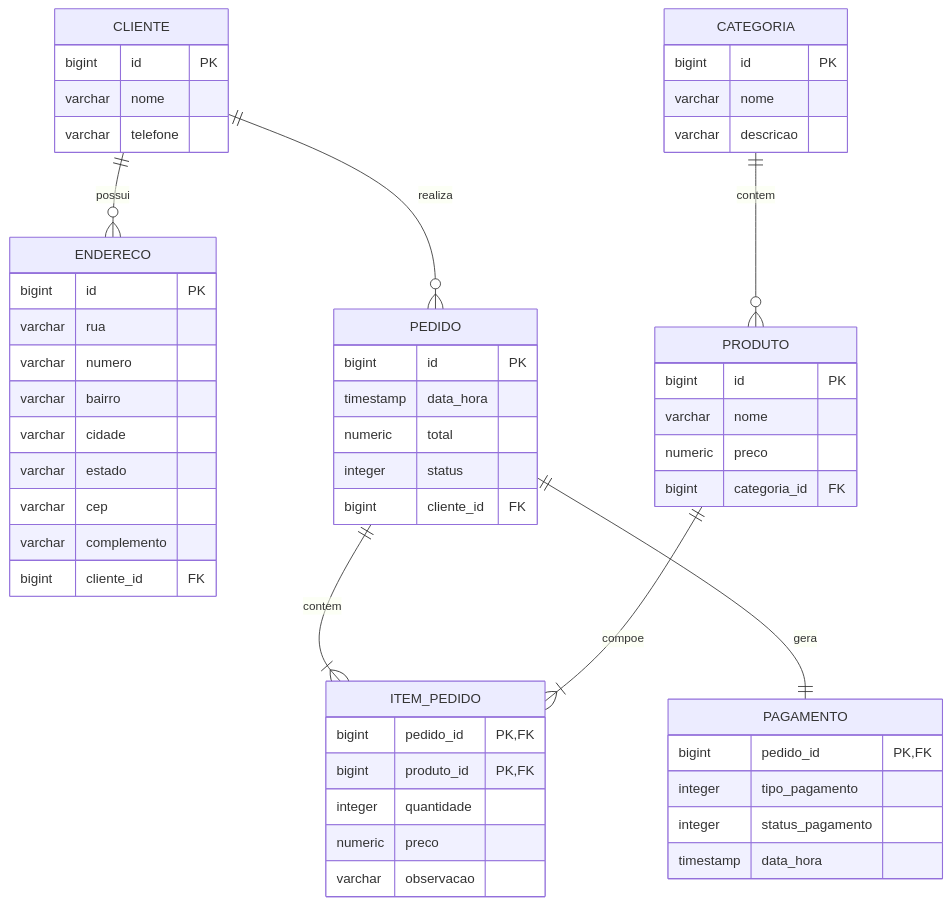
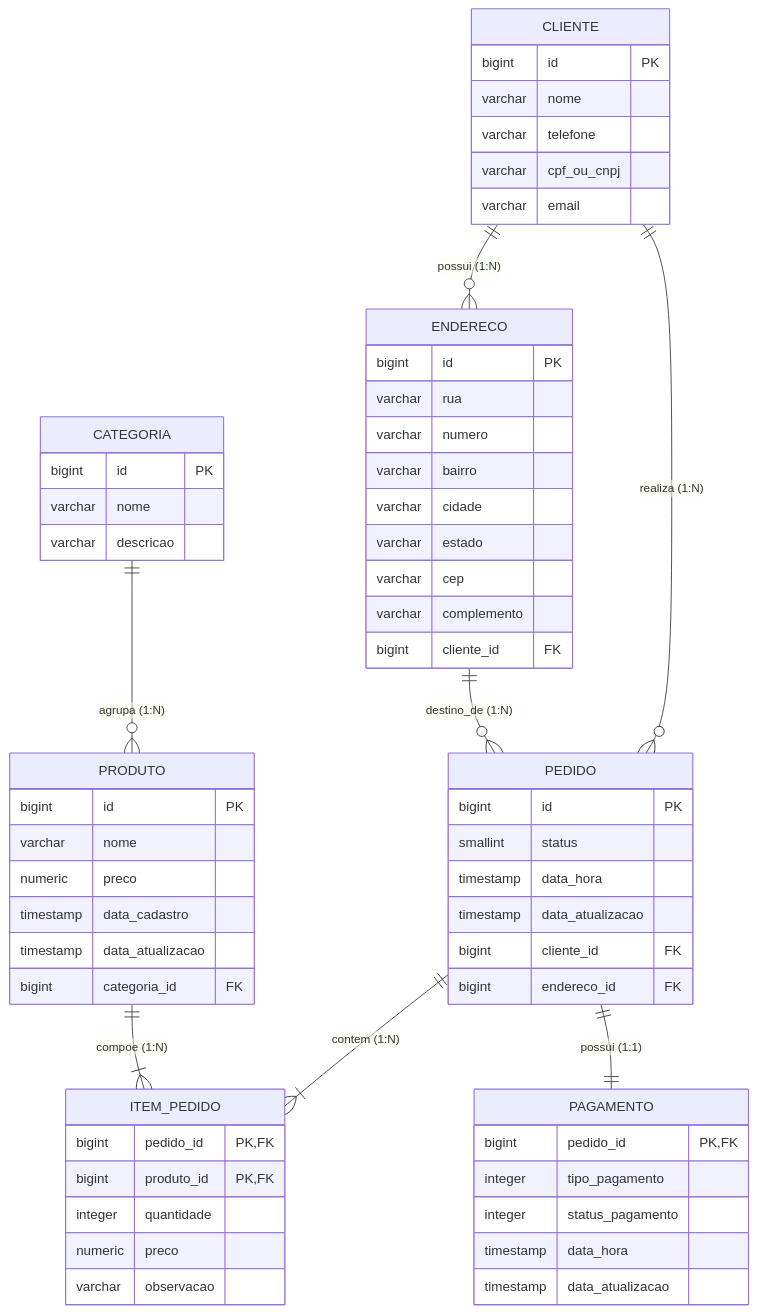
One commit to jailsonribeirodev-sys/pizzaria-api changed the diagram in README.md. Above: the diagram before and after it, drawn with Mermaid. The commit also changed other lines of this file and 1 other file, not shown here.

````diff
--- a/README.md
+++ b/README.md
@@ -25,63 +68,70 @@
 ```mermaid
 erDiagram
-    CLIENTE ||--o{ ENDERECO : possui
-    CLIENTE ||--o{ PEDIDO : realiza
-    CATEGORIA ||--o{ PRODUTO : contem
-    PEDIDO ||--|{ ITEM_PEDIDO : contem
-    PRODUTO ||--|{ ITEM_PEDIDO : compoe
-    PEDIDO ||--|| PAGAMENTO : gera
+    CLIENTE ||--o{ ENDERECO : "possui (1:N)"
+    CLIENTE ||--o{ PEDIDO : "realiza (1:N)"
+    ENDERECO ||--o{ PEDIDO : "destino_de (1:N)"
+    CATEGORIA ||--o{ PRODUTO : "agrupa (1:N)"
+    PEDIDO ||--|{ ITEM_PEDIDO : "contem (1:N)"
+    PRODUTO ||--|{ ITEM_PEDIDO : "compoe (1:N)"
+    PEDIDO ||--|| PAGAMENTO : "possui (1:1)"
 
     CLIENTE {
         bigint id PK
         varchar nome
         varchar telefone
+        varchar cpf_ou_cnpj
+        varchar email
     }
 
     ENDERECO {
         bigint id PK
         varchar rua
         varchar numero
         varchar bairro
         varchar cidade
         varchar estado
         varchar cep
         varchar complemento
         bigint cliente_id FK
     }
 
     CATEGORIA {
         bigint id PK
         varchar nome
         varchar descricao
     }
 
     PRODUTO {
         bigint id PK
         varchar nome
         numeric preco
+        timestamp data_cadastro
+        timestamp data_atualizacao
         bigint categoria_id FK
     }
 
     PEDIDO {
         bigint id PK
+        smallint status
         timestamp data_hora
-        numeric total
-        integer status
+        timestamp data_atualizacao
         bigint cliente_id FK
+        bigint endereco_id FK
     }
 
     ITEM_PEDIDO {
         bigint pedido_id PK, FK
         bigint produto_id PK, FK
         integer quantidade
         numeric preco
         varchar observacao
     }
 
     PAGAMENTO {
         bigint pedido_id PK, FK
         integer tipo_pagamento
         integer status_pagamento
         timestamp data_hora
+        timestamp data_atualizacao
     }
 ```
````
